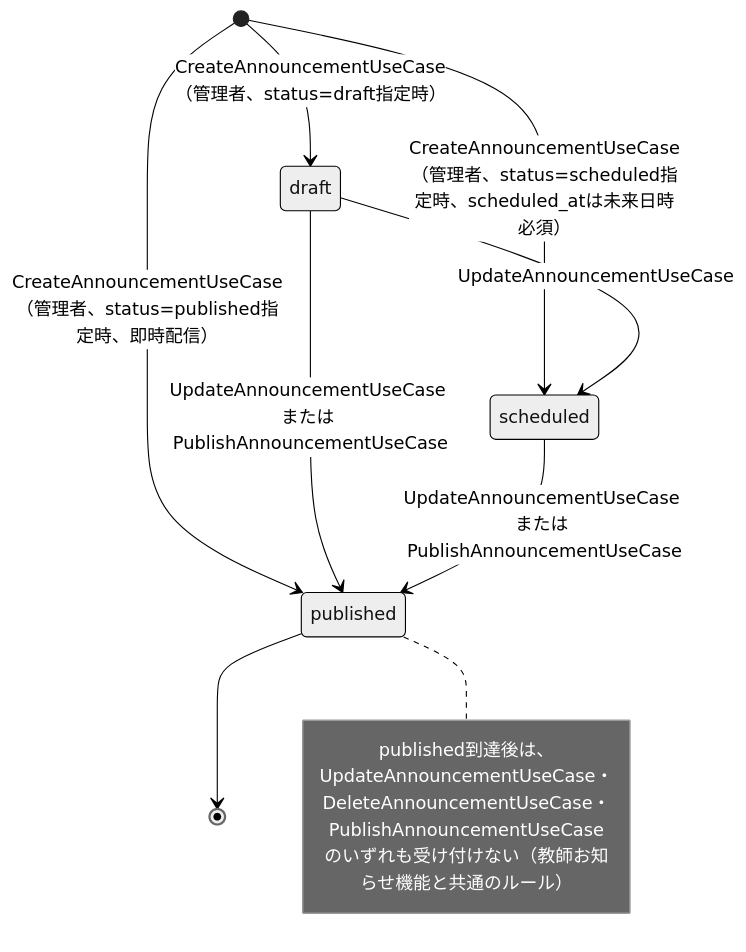
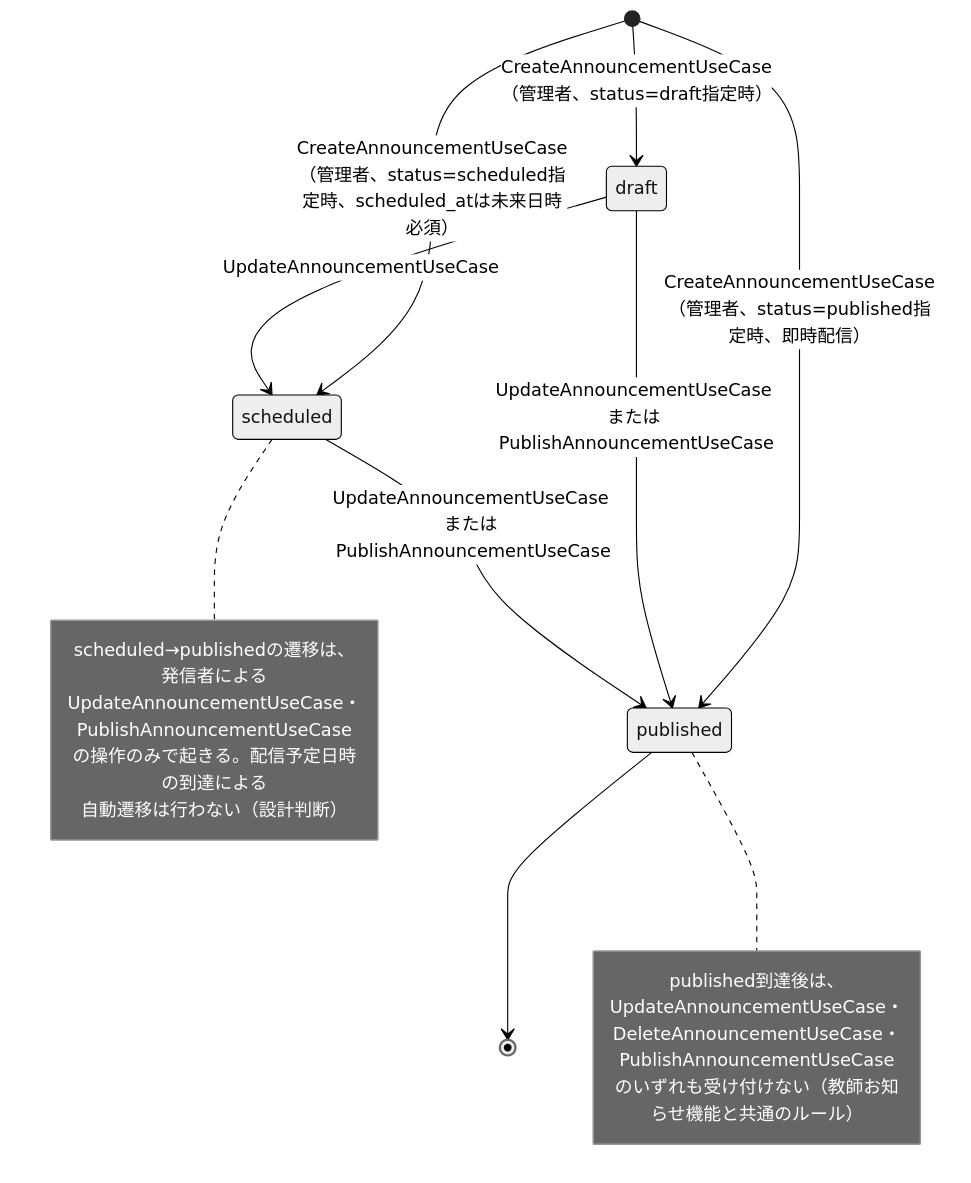
One commit to yuta20253/edu-platform-go-design changed the second of 5 diagrams in 計画書/GO移行・設計仕様書/管理者お知らせ管理機能_Go移行・設計仕様書.md. Above: the diagram before and after it, drawn with Mermaid (neutral theme). The commit also changed other lines of this file and 34 other files, not shown here.

````diff
--- a/計画書/GO移行・設計仕様書/管理者お知らせ管理機能_Go移行・設計仕様書.md
+++ b/計画書/GO移行・設計仕様書/管理者お知らせ管理機能_Go移行・設計仕様書.md
@@ -231,16 +233,23 @@
 ```mermaid
 stateDiagram-v2
     [*] --> draft : CreateAnnouncementUseCase（管理者、status=draft指定時）
     [*] --> scheduled : CreateAnnouncementUseCase（管理者、status=scheduled指定時、scheduled_atは未来日時必須）
     [*] --> published : CreateAnnouncementUseCase（管理者、status=published指定時、即時配信）
     draft --> scheduled : UpdateAnnouncementUseCase
     draft --> published : UpdateAnnouncementUseCase または PublishAnnouncementUseCase
     scheduled --> published : UpdateAnnouncementUseCase または PublishAnnouncementUseCase
     published --> [*]
 
     note right of published
         published到達後は、UpdateAnnouncementUseCase・
         DeleteAnnouncementUseCase・PublishAnnouncementUseCase
         のいずれも受け付けない（教師お知らせ機能と共通のルール）
     end note
+
+    note right of scheduled
+        scheduled→publishedの遷移は、発信者による
+        UpdateAnnouncementUseCase・PublishAnnouncementUseCase
+        の操作のみで起きる。配信予定日時の到達による
+        自動遷移は行わない（設計判断）
+    end note
 ```
````
